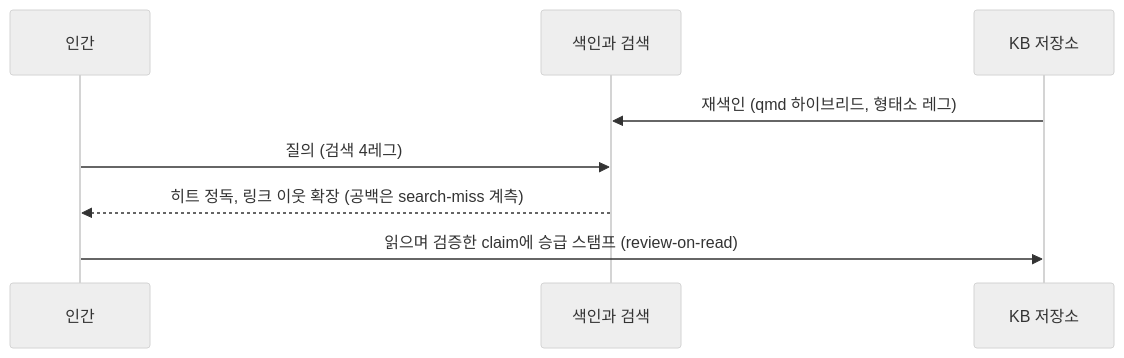
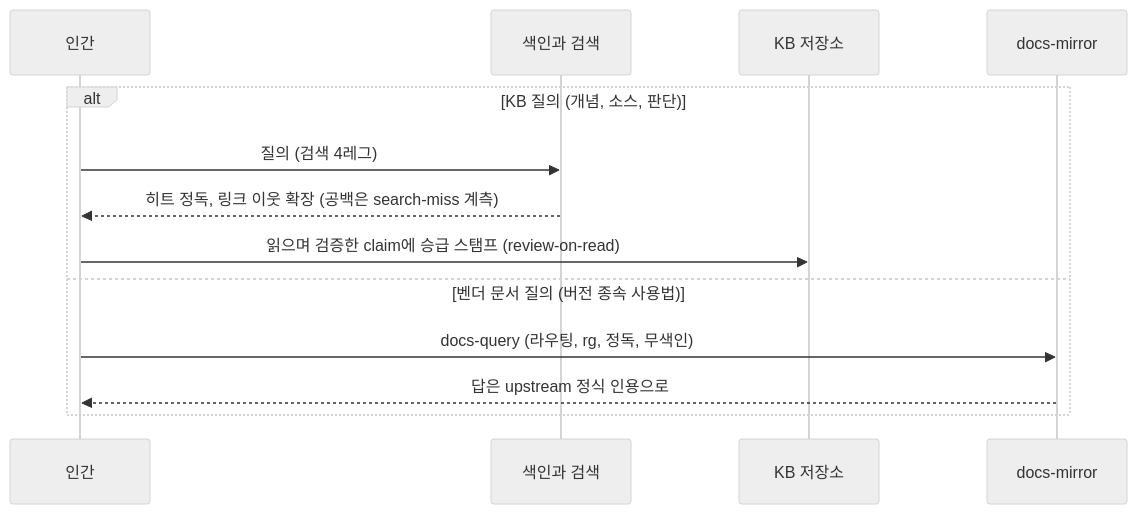
Before and after one commit to alteralab/syntopicon: the third of 4 diagrams in README.md, drawn with Mermaid (neutral theme). The commit also changed other lines of this file, not shown here.

Commit message:
plan: 읽기 경로 정정 — 재색인을 쓰기 경로 ⑨로 복원, docs-mirror 분기 추가
재색인은 ingest의 마지막 단계(PLAN §4.4)인데 분할 때 읽기 쪽에 잘못
얹혀 질의보다 위에 있었다. 읽기 경로는 질의로 시작하고, 벤더 문서
질의의 docs-query 라우팅을 alt 분기로 — docs-mirror는 홈랩과 달리
이 시스템의 1급 레이어라 포함이 맞다. 폭 1222 실측 재일치.

````diff
--- a/README.md
+++ b/README.md
@@ -71,12 +72,17 @@
 ```mermaid
-%%{init: {"sequence": {"width": 140, "messageMargin": 28, "boxMargin": 12, "actorMargin": 158}}}%%
+%%{init: {"sequence": {"width": 140, "messageMargin": 28, "boxMargin": 12, "actorMargin": 108}}}%%
 sequenceDiagram
     participant H as 인간
     participant S as 색인과 검색
     participant K as KB 저장소
+    participant M as docs-mirror
 
-    K->>S: 재색인 (qmd 하이브리드, 형태소 레그)
-    H->>S: 질의 (검색 4레그)
-    S-->>H: 히트 정독, 링크 이웃 확장 (공백은 search-miss 계측)
-    H->>K: 읽으며 검증한 claim에 승급 스탬프 (review-on-read)
+    alt KB 질의 (개념, 소스, 판단)
+        H->>S: 질의 (검색 4레그)
+        S-->>H: 히트 정독, 링크 이웃 확장 (공백은 search-miss 계측)
+        H->>K: 읽으며 검증한 claim에 승급 스탬프 (review-on-read)
+    else 벤더 문서 질의 (버전 종속 사용법)
+        H->>M: docs-query (라우팅, rg, 정독, 무색인)
+        M-->>H: 답은 upstream 정식 인용으로
+    end
 ```
````
